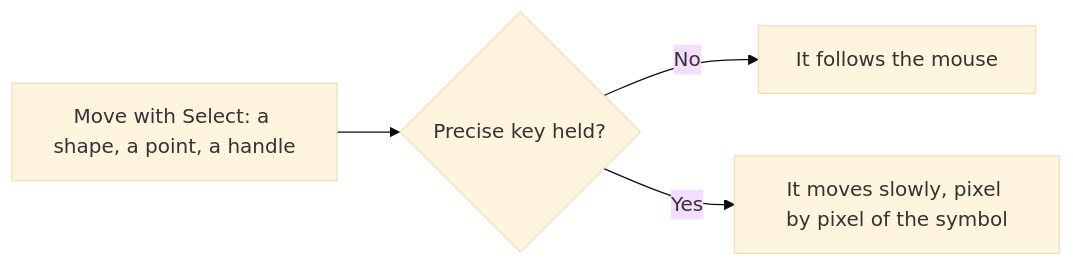
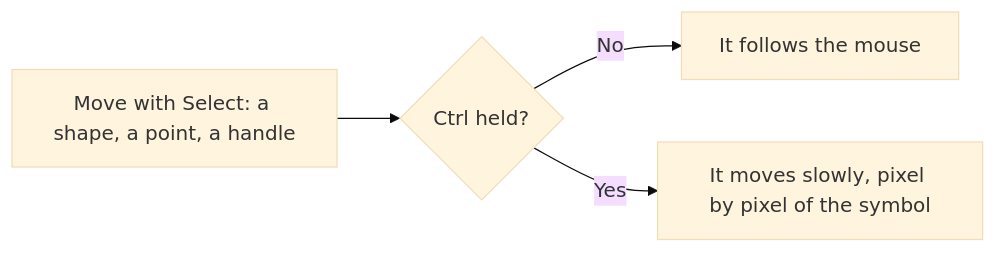
Before and after one commit to AlexandreGallais/synoptic-studio-spec: the diagram in symbols/03-editor/precise-move.md, drawn with Mermaid (base theme). The commit also changed other lines of this file and 12 other files, not shown here.

First line of the commit message:
docs(symbols): group the modes menu, put the opacity under the geometry, use ctrl for the precise move

````diff
--- a/symbols/03-editor/precise-move.md
+++ b/symbols/03-editor/precise-move.md
@@ -18,6 +19,6 @@
 ```mermaid
 flowchart LR
-    A["Move with Select: a shape, a point, a handle"] --> B{"Precise key held?"}
+    A["Move with Select: a shape, a point, a handle"] --> B{"Ctrl held?"}
     B -- "No" --> C["It follows the mouse"]
     B -- "Yes" --> D["It moves slowly, pixel by pixel of the symbol"]
 ```
````
